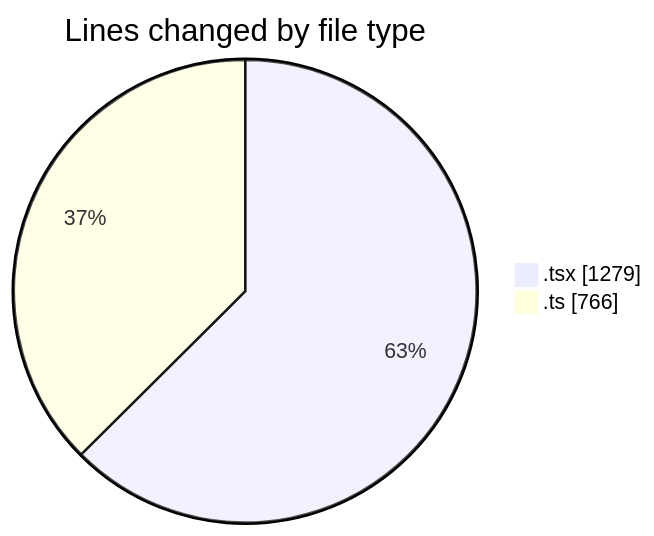
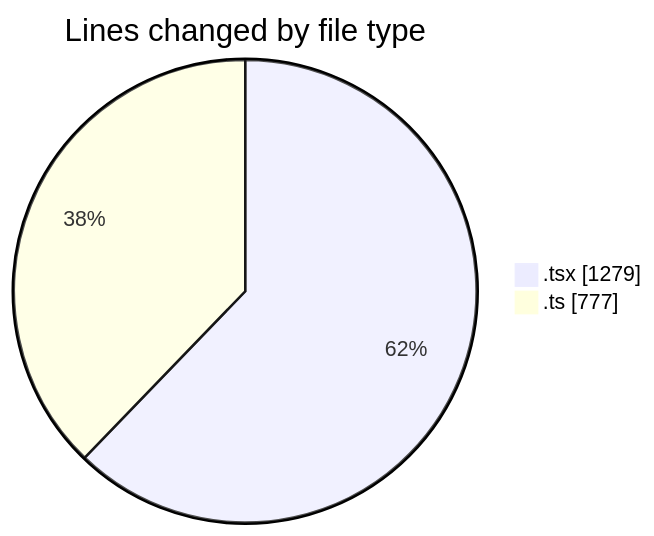
Before and after one commit to nxtqubesakshisongat/code-tracking: the first of 2 diagrams in 2026-02-27/nxtqube_webapp/README.md, drawn with Mermaid. The commit also changed other lines of this file and 1 other file, not shown here.

````diff
--- a/2026-02-27/nxtqube_webapp/README.md
+++ b/2026-02-27/nxtqube_webapp/README.md
@@ -24,6 +24,6 @@
 ```mermaid
 pie showData
 title Lines changed by file type
 ".tsx" : 1279
-".ts" : 766
+".ts" : 777
 ```
````
